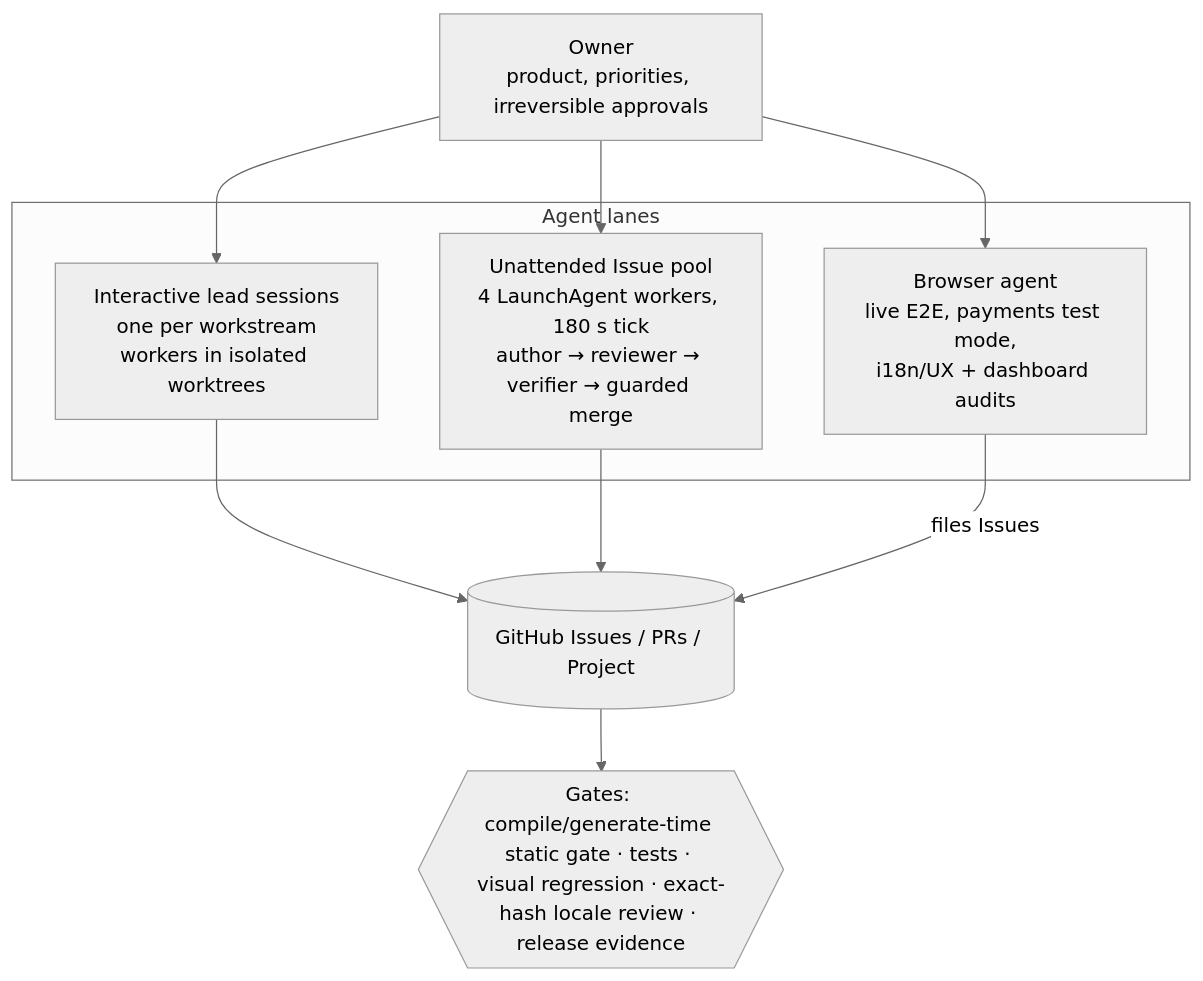
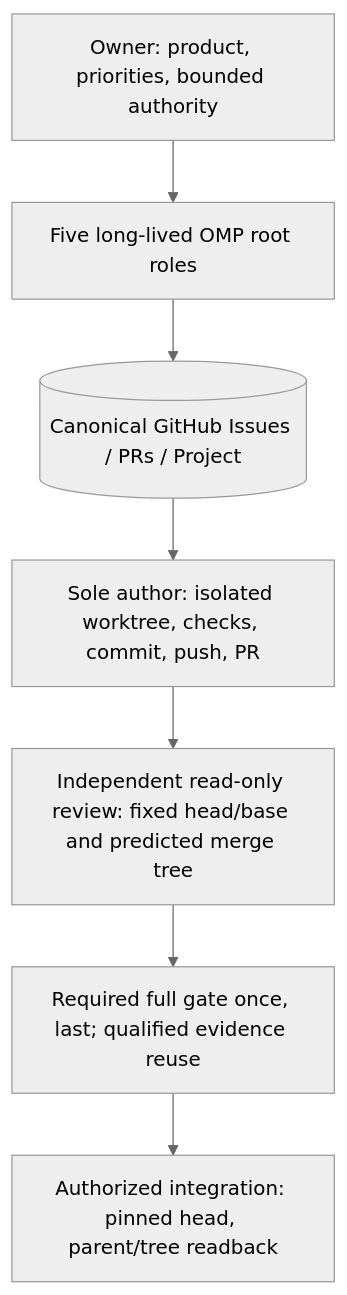
Before and after one commit to mg-mg-mg/agentic-engineering: the diagram in README.md, drawn with Mermaid (neutral theme). The commit also changed other lines of this file and 5 other files, not shown here.

````diff
--- a/README.md
+++ b/README.md
@@ -46,16 +40,11 @@
 ```mermaid
 flowchart TB
-  O["Owner<br/>product, priorities, irreversible approvals"]
-  subgraph L["Agent lanes"]
-    A["Interactive lead sessions<br/>one per workstream<br/>workers in isolated worktrees"]
-    B["Unattended Issue pool<br/>4 LaunchAgent workers, 180 s tick<br/>author → reviewer → verifier → guarded merge"]
-    C["Browser agent<br/>live E2E, payments test mode,<br/>i18n/UX + dashboard audits"]
-  end
-  G[("GitHub Issues / PRs / Project")]
-  Q{{"Gates: compile/generate-time static gate · tests · visual regression · exact-hash locale review · release evidence"}}
-  O --> A & B & C
-  A --> G
-  B --> G
-  C -- files Issues --> G
-  G --> Q
+  O["Owner: product, priorities, bounded authority"]
+  R["Five long-lived OMP root roles"]
+  G[("Canonical GitHub Issues / PRs / Project")]
+  A["Sole author: isolated worktree, checks, commit, push, PR"]
+  V["Independent read-only review: fixed head/base and predicted merge tree"]
+  Q["Required full gate once, last; qualified evidence reuse"]
+  M["Authorized integration: pinned head, parent/tree readback"]
+  O --> R --> G --> A --> V --> Q --> M
 ```
````
